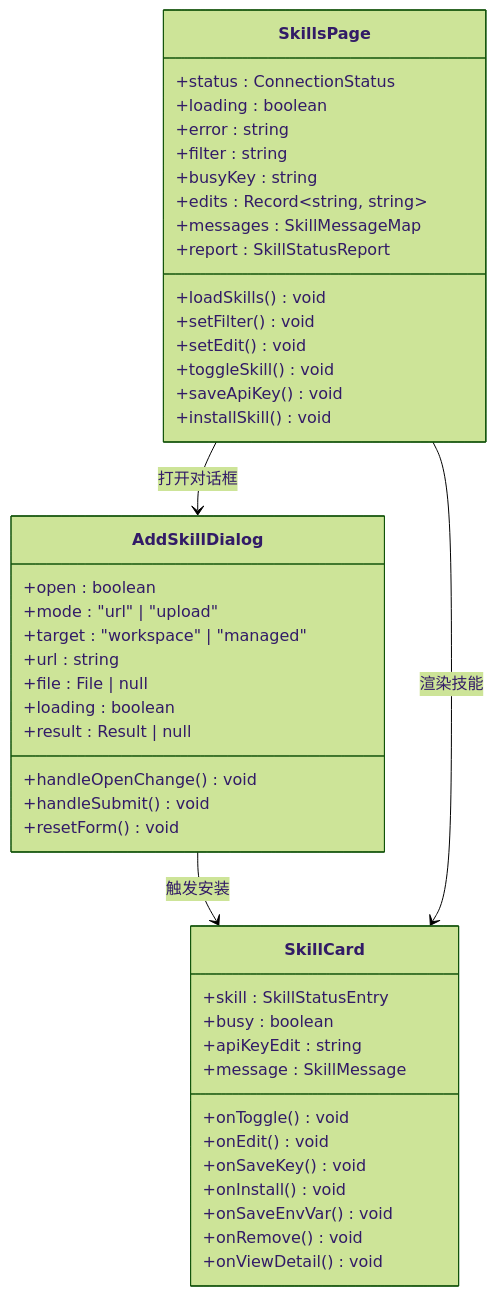
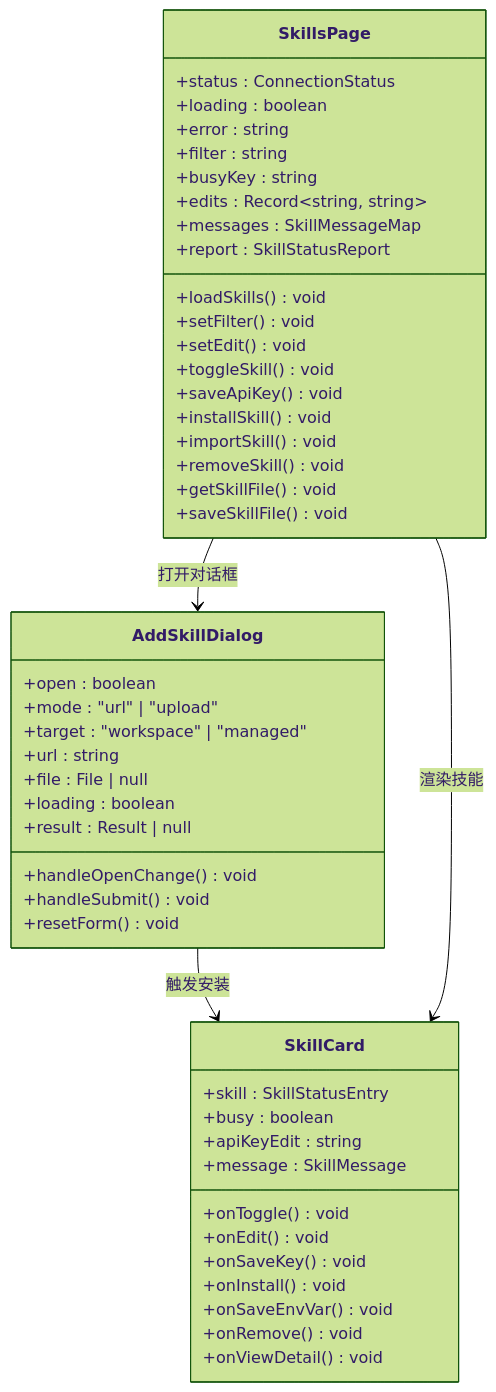
Before and after one commit to verse-ai-org/openclaw: the seventh of 35 diagrams in .qoder/repowiki/zh/content/Web界面/UI组件系统/UI组件系统.md, drawn with Mermaid (forest theme). The commit also changed other lines of this file and 14 other files, not shown here.

````diff
--- a/.qoder/repowiki/zh/content/Web界面/UI组件系统/UI组件系统.md
+++ b/.qoder/repowiki/zh/content/Web界面/UI组件系统/UI组件系统.md
@@ -484,47 +479,51 @@
 ```mermaid
 classDiagram
 class AddSkillDialog {
 +open : boolean
 +mode : "url" | "upload"
 +target : "workspace" | "managed"
 +url : string
 +file : File | null
 +loading : boolean
 +result : Result | null
 +handleOpenChange() void
 +handleSubmit() void
 +resetForm() void
 }
 class SkillCard {
 +skill : SkillStatusEntry
 +busy : boolean
 +apiKeyEdit : string
 +message : SkillMessage
 +onToggle() void
 +onEdit() void
 +onSaveKey() void
 +onInstall() void
 +onSaveEnvVar() void
 +onRemove() void
 +onViewDetail() void
 }
 class SkillsPage {
 +status : ConnectionStatus
 +loading : boolean
 +error : string
 +filter : string
 +busyKey : string
 +edits : Record~string, string~
 +messages : SkillMessageMap
 +report : SkillStatusReport
 +loadSkills() void
 +setFilter() void
 +setEdit() void
 +toggleSkill() void
 +saveApiKey() void
 +installSkill() void
++importSkill() void
++removeSkill() void
++getSkillFile() void
++saveSkillFile() void
 }
 AddSkillDialog --> SkillCard : 触发安装
 SkillsPage --> SkillCard : 渲染技能
 SkillsPage --> AddSkillDialog : 打开对话框
 ```
````
